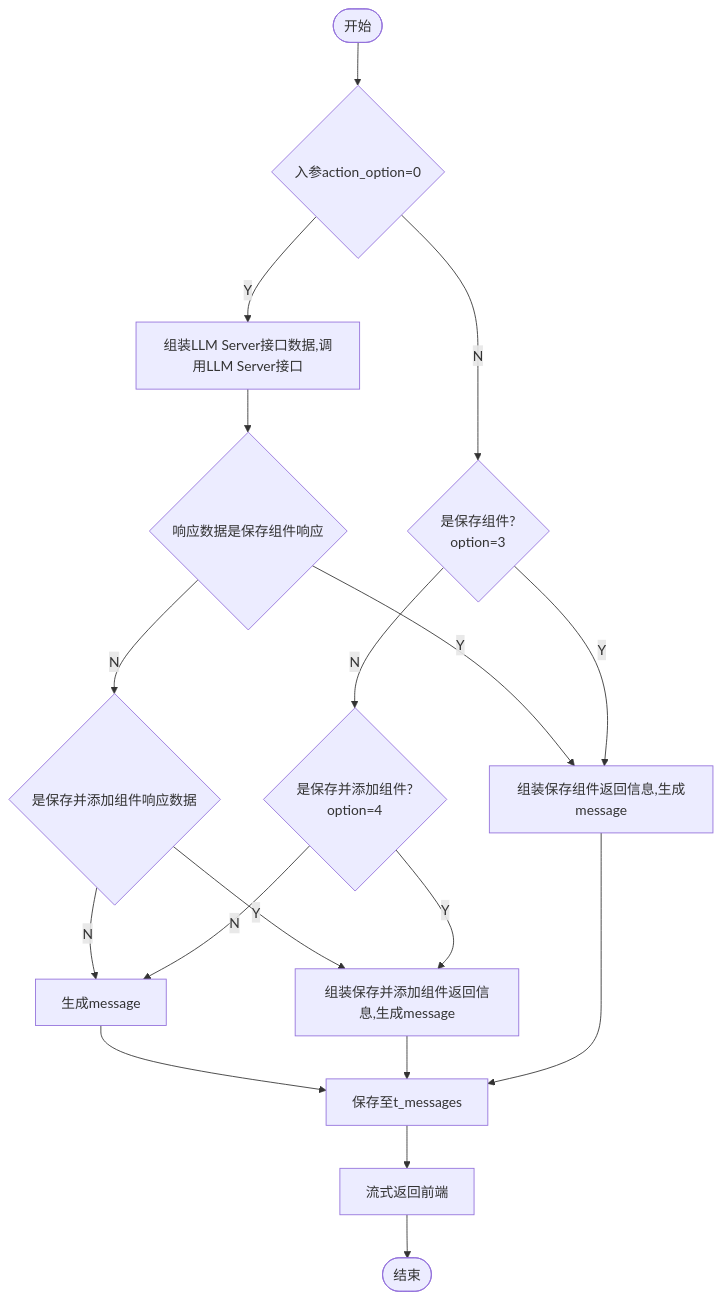
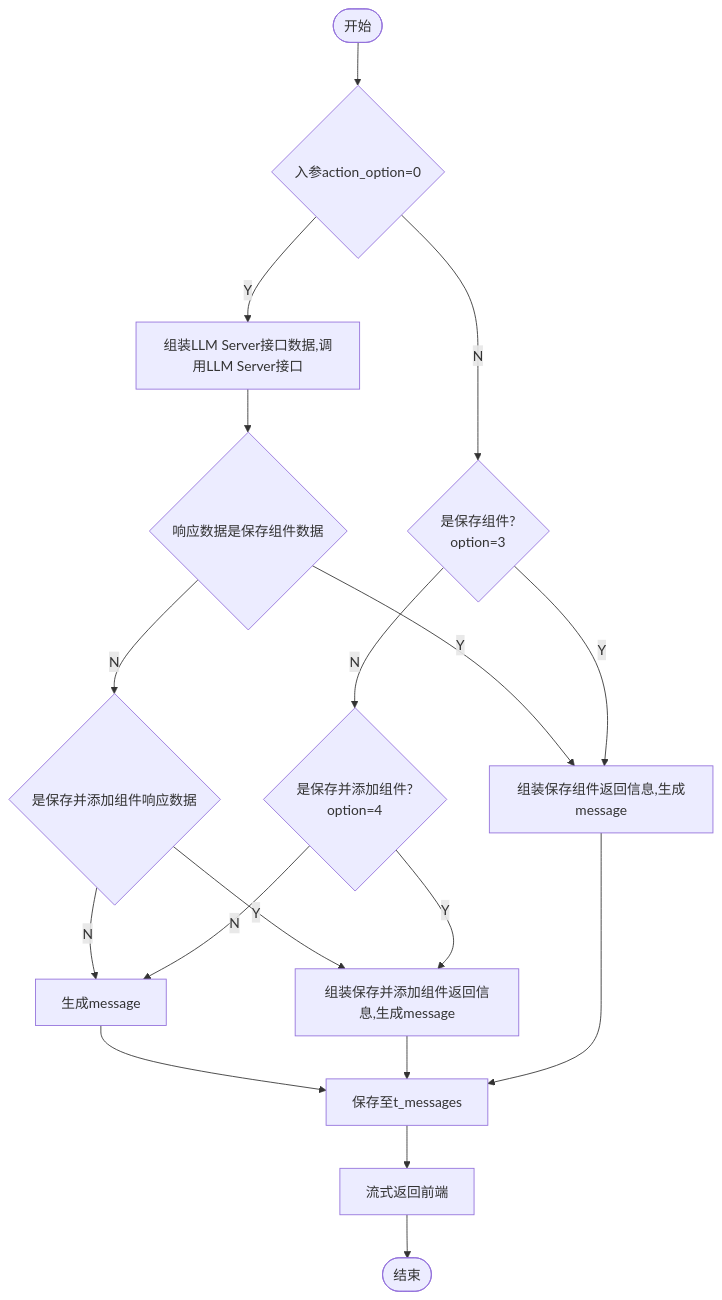
Before and after one commit to yingjianzh/iodraw-files: the diagram in all/添加保存组件.md, drawn with Mermaid.

Commit message:
2024-10-15 15:25:05 update

````diff
--- a/all/添加保存组件.md
+++ b/all/添加保存组件.md
@@ -1,21 +1,21 @@
 ```mermaid
 flowchart TD
     A([开始]) --> B{入参action_option=0}
     B -- Y --> C[组装LLM Server接口数据,调用LLM Server接口]
-    C --> E{响应数据是保存组件响应}
+    C --> E{响应数据是保存组件数据 }
     B -- N --> D{是保存组件? \n option=3}
     E -- N --> L{是保存并添加组件响应数据}
     E -- Y --> F[组装保存组件返回信息,生成message]
     
     L -- N --> R[生成message]
     R --> G
     L -- Y --> K
     D -- Y --> F
     D -- N --> J{是保存并添加组件? \n option=4}
     J -- Y --> K[组装保存并添加组件返回信息,生成message]
     K --> G
     J -- N --> R
     F --> G[保存至t_messages]
     G --> H[流式返回前端]
     H --> I([结束])
 ```
````
